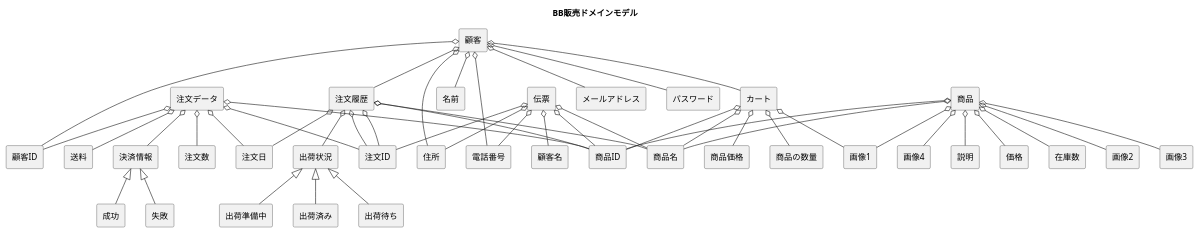
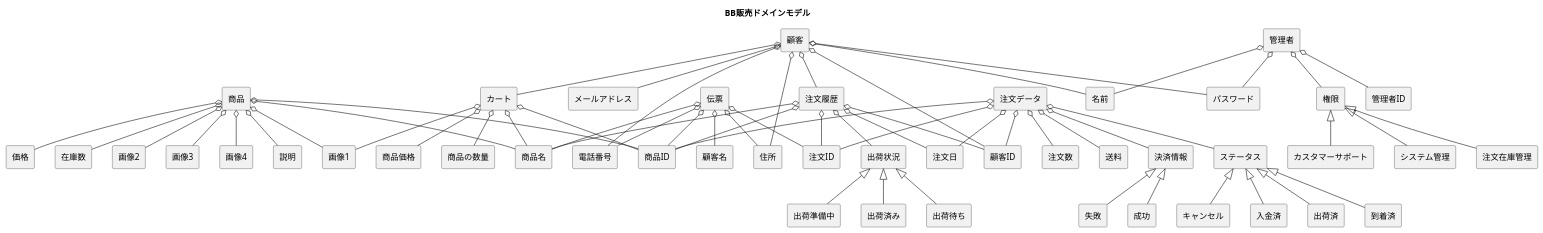
Before and after one commit to FujikawaHirono0520/group3_1_dogdog: the diagram in BB/domain.pu, drawn with PlantUML.

Commit message:
ドメインモデル

```diff
--- a/BB/domain.pu
+++ b/BB/domain.pu
@@ -1,62 +1,81 @@
 @startuml
 
 title BB販売ドメインモデル
 skinparam componentStyle rectangle
 [顧客] o-- [顧客ID]
 [顧客] o-- [名前]
 [顧客] o-- [住所]
 [顧客] o-- [電話番号]
 [顧客] o-- [メールアドレス]
 [顧客] o-- [パスワード]
 [顧客] o-- [注文履歴]
 [顧客] o-- [カート]
 
+[管理者] o-- [管理者ID]
+[管理者] o-- [名前]
+[管理者] o-- [パスワード]
+[管理者] o-- [権限]
+
+[権限] <|-- [システム管理]
+[権限] <|-- [注文在庫管理]
+[権限] <|-- [カスタマーサポート]
+
+' 顧客に表示される情報
+[注文履歴] o-- [顧客ID]
 [注文履歴] o-- [注文ID]
 [注文履歴] o-- [注文日]
 [注文履歴] o-- [商品ID]
 [注文履歴] o-- [商品名]
-[注文履歴] o-- [注文ID]
 [注文履歴] o-- [出荷状況]
 
 [出荷状況] <|-- [出荷準備中]
 [出荷状況] <|-- [出荷済み]
 [出荷状況] <|-- [出荷待ち]
 
 
 [カート] o-- [商品ID]
 [カート] o-- [商品名]
 [カート] o-- [商品価格]
 ' 画像は商品に設定された画像1
 [カート] o-- [画像1]
 [カート] o-- [商品の数量]
 
+' 注文在庫管理者に表示される情報
 [注文データ] o-- [注文ID]
 [注文データ] o-- [顧客ID]
 [注文データ] o-- [商品ID]
 [注文データ] o-- [注文日]
 [注文データ] o-- [注文数]
 [注文データ] o-- [送料]
 [注文データ] o-- [決済情報]
+[注文データ] o-- [ステータス]
 
+[ステータス] <|-- [入金済]
+[ステータス] <|-- [出荷済]
+[ステータス] <|-- [到着済]
+[ステータス] <|-- [キャンセル]
+
+' 配送用の伝票に印字される情報
 [伝票] o-- [注文ID]
 [伝票] o-- [商品ID]
 [伝票] o-- [商品名]
 [伝票] o-- [顧客名]
 [伝票] o-- [住所]
 [伝票] o-- [電話番号]
 
 [決済情報] <|-- [成功]
 [決済情報] <|-- [失敗]
 
+' 商品ページ用
 [商品] o-- [商品ID]
 [商品] o-- [商品名]
 [商品] o-- [説明]
 [商品] o-- [価格]
 [商品] o-- [在庫数]
 ' 画像1はNOT NULL
 [商品] o-- [画像1]
 [商品] o-- [画像2]
 [商品] o-- [画像3]
 [商品] o-- [画像4]
 
 @enduml
```
